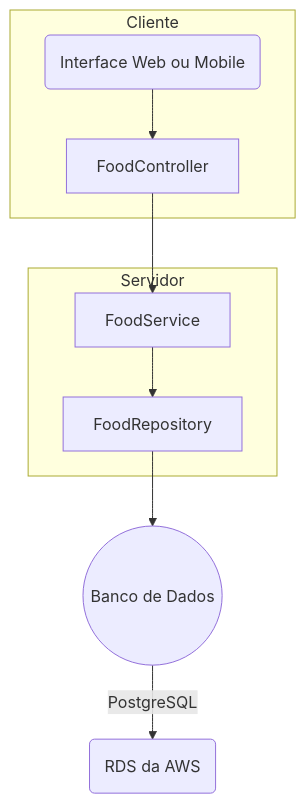
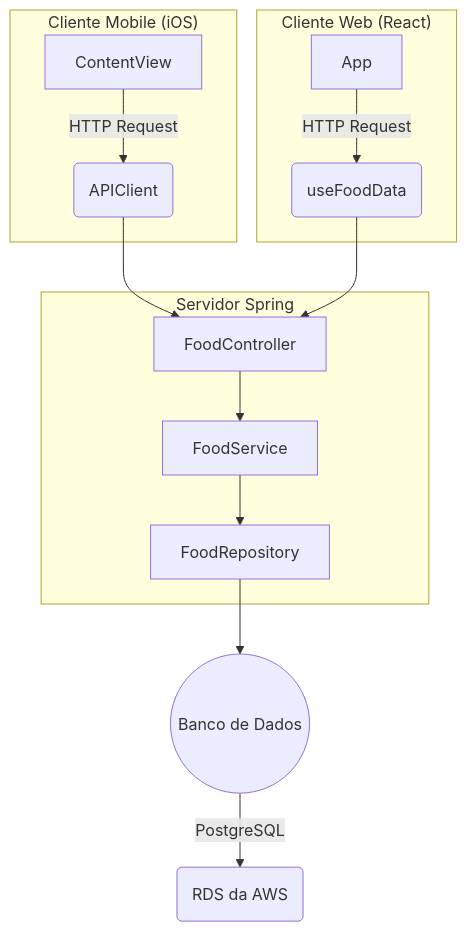
One commit to luizgolima/fiap-cardapio-digital-server changed the diagram in README.md. Above: the diagram before and after it, drawn with Mermaid. The commit also changed other lines of this file, not shown here.

Commit message:
refactor: Melhoria no README.md

````diff
--- a/README.md
+++ b/README.md
@@ -14,12 +19,17 @@
 ```mermaid
-graph
-subgraph "Cliente"
-A(Interface Web ou Mobile) --> B[FoodController]
-end
-subgraph "Servidor"
-B --> C[FoodService]
-C --> D[FoodRepository]
-end
-D --> E((Banco de Dados))
-E -->|PostgreSQL| F(RDS da AWS)
+graph TD;
+    subgraph "Cliente Mobile (iOS)"
+        A[ContentView] -->|HTTP Request| B(APIClient)
+    end
+    subgraph "Cliente Web (React)"
+        C[App] -->|HTTP Request| D(useFoodData)
+    end
+    subgraph "Servidor Spring"
+        B --> E[FoodController]
+        D --> E
+        E --> F[FoodService]
+        F --> G[FoodRepository]
+    end
+G --> H((Banco de Dados))
+H -->|PostgreSQL| I(RDS da AWS)
 ```
````
